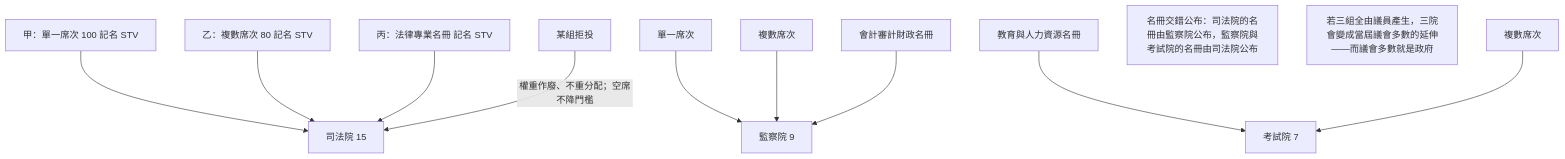
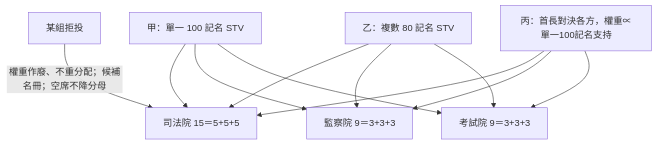
One commit to IRonROOT578/Political-Economy-Research-Public changed the seventh of 10 diagrams in topics/regime-designs/designs/台灣/一院議會制/憲政架構圖.md. Above: the diagram before and after it, drawn with Mermaid. The commit also changed other lines of this file and 128 other files, not shown here.

````diff
--- a/topics/regime-designs/designs/台灣/一院議會制/憲政架構圖.md
+++ b/topics/regime-designs/designs/台灣/一院議會制/憲政架構圖.md
@@ -83,14 +92,13 @@
 ```mermaid
 flowchart TD
-  A[甲：單一席次 100 記名 STV] --> J[司法院 15]
-  B[乙：複數席次 80 記名 STV] --> J
-  C[丙：法律專業名冊 記名 STV] --> J
-  A2[單一席次] --> S[監察院 9]
-  B2[複數席次] --> S
-  C2[會計審計財政名冊] --> S
-  C3[教育與人力資源名冊] --> E[考試院 7]
-  B3[複數席次] --> E
-  Cross[名冊交錯公布：司法院的名冊由監察院公布，監察院與考試院的名冊由司法院公布]
-  Why[若三組全由議員產生，三院會變成當屆議會多數的延伸——而議會多數就是政府]
-  Boy[某組拒投] -->|權重作廢、不重分配；空席不降門檻| J
+  A[甲：單一 100 記名 STV] --> J[司法院 15＝5+5+5]
+  B[乙：複數 80 記名 STV] --> J
+  C[丙：首長對決各方，權重∝單一100記名支持] --> J
+  A --> S[監察院 9＝3+3+3]
+  B --> S
+  C --> S
+  A --> E[考試院 9＝3+3+3]
+  B --> E
+  C --> E
+  Boy[某組拒投] -->|權重作廢、不重分配；候補名冊；空席不降分母| J
 ```
````
